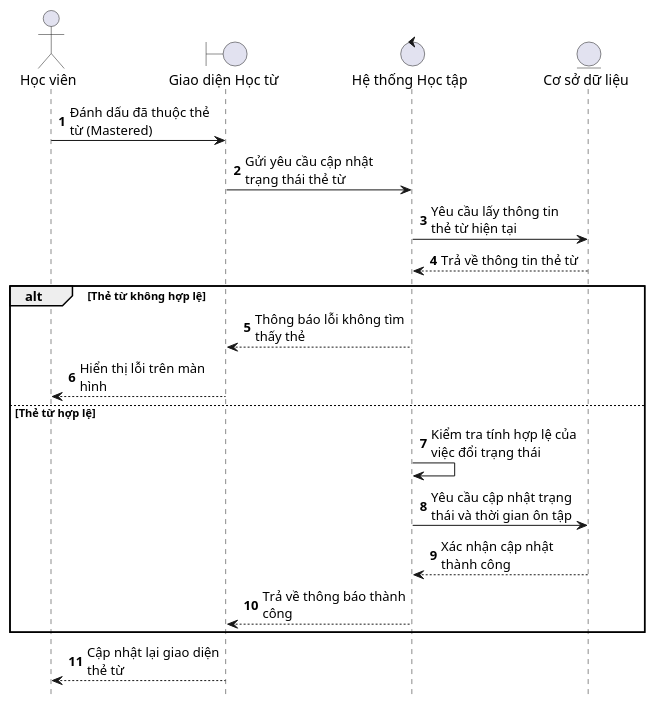
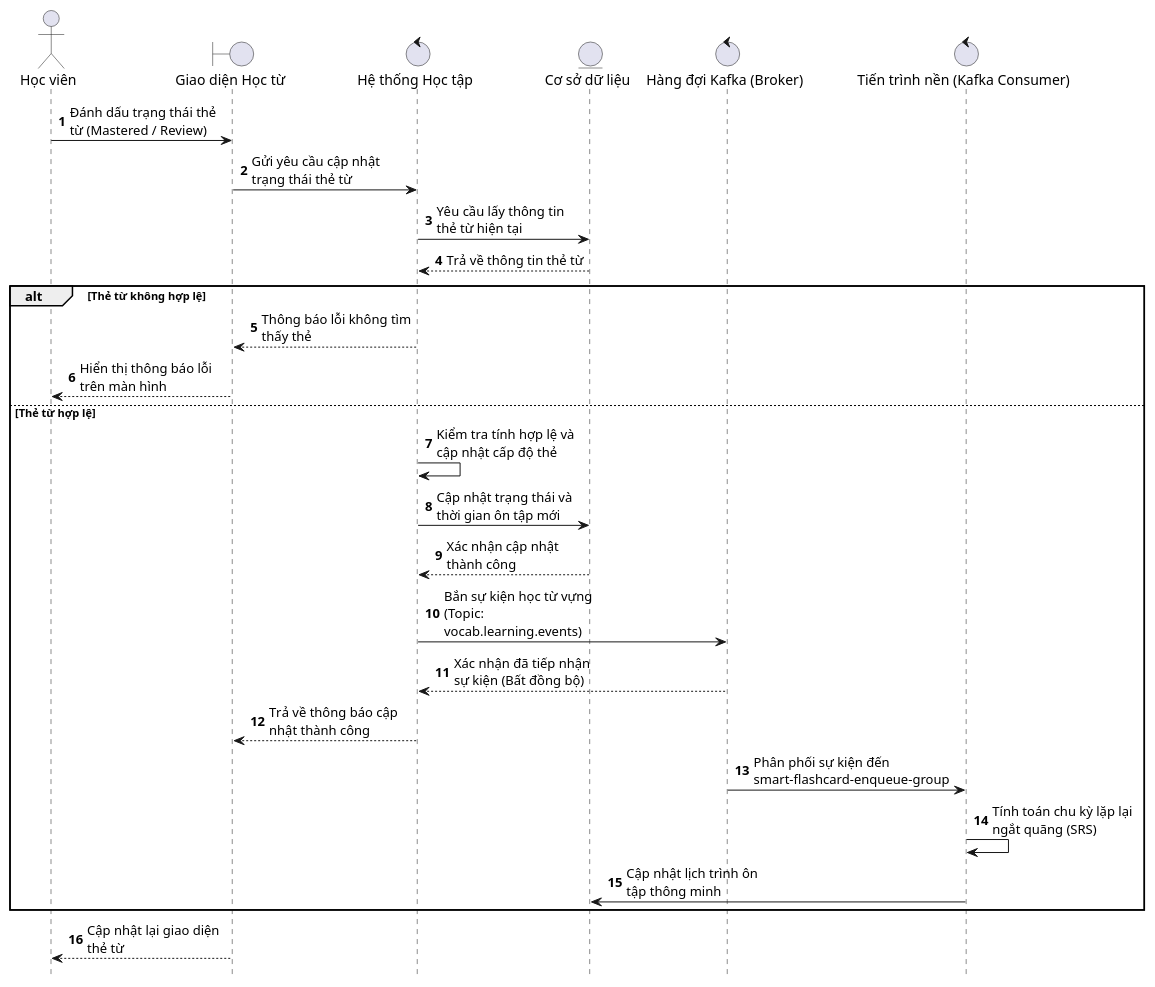
The third of 7 diagrams in Sequence_Diagrams_VN.md (vylote/Multi-platform-English-learning-system), drawn with PlantUML before and after one commit. The commit also changed other lines of this file and 18 other files, not shown here.

Commit message:
đổi thuật toán tính điểm, sửa giao diện

````diff
--- a/Sequence_Diagrams_VN.md
+++ b/Sequence_Diagrams_VN.md
@@ -97,31 +97,41 @@
 ```plantuml
 @startuml
 hide footbox
 skinparam maxMessageSize 150
 skinparam ParticipantPadding 20
 
 actor "Học viên" as User
 boundary "Giao diện Học từ" as UI
 control "Hệ thống Học tập" as System
 entity "Cơ sở dữ liệu" as DB
+control "Hàng đợi Kafka (Broker)" as Kafka
+control "Tiến trình nền (Kafka Consumer)" as Worker
 
 autonumber
 
-User -> UI : Đánh dấu đã thuộc thẻ từ (Mastered)
+User -> UI : Đánh dấu trạng thái thẻ từ (Mastered / Review)
 UI -> System : Gửi yêu cầu cập nhật trạng thái thẻ từ
 System -> DB : Yêu cầu lấy thông tin thẻ từ hiện tại
 DB --> System : Trả về thông tin thẻ từ
 
 alt Thẻ từ không hợp lệ
     System --> UI : Thông báo lỗi không tìm thấy thẻ
-    UI --> User : Hiển thị lỗi trên màn hình
+    UI --> User : Hiển thị thông báo lỗi trên màn hình
 else Thẻ từ hợp lệ
-    System -> System : Kiểm tra tính hợp lệ của việc đổi trạng thái
-    System -> DB : Yêu cầu cập nhật trạng thái và thời gian ôn tập
+    System -> System : Kiểm tra tính hợp lệ và cập nhật cấp độ thẻ
+    System -> DB : Cập nhật trạng thái và thời gian ôn tập mới
     DB --> System : Xác nhận cập nhật thành công
-    System --> UI : Trả về thông báo thành công
+    
+    System -> Kafka : Bắn sự kiện học từ vựng (Topic: vocab.learning.events)
+    Kafka --> System : Xác nhận đã tiếp nhận sự kiện (Bất đồng bộ)
+    
+    System --> UI : Trả về thông báo cập nhật thành công
+    
+    Kafka -> Worker : Phân phối sự kiện đến smart-flashcard-enqueue-group
+    Worker -> Worker : Tính toán chu kỳ lặp lại ngắt quãng (SRS)
+    Worker -> DB : Cập nhật lịch trình ôn tập thông minh
 end
 
 UI --> User : Cập nhật lại giao diện thẻ từ
 @enduml
 ```
````
